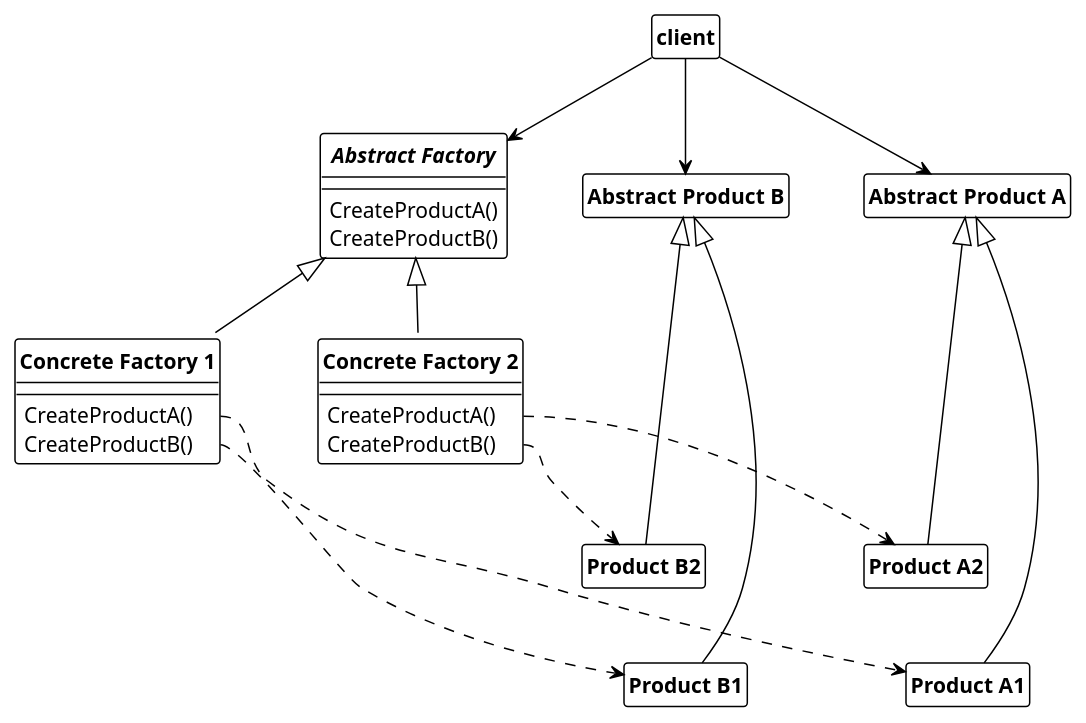
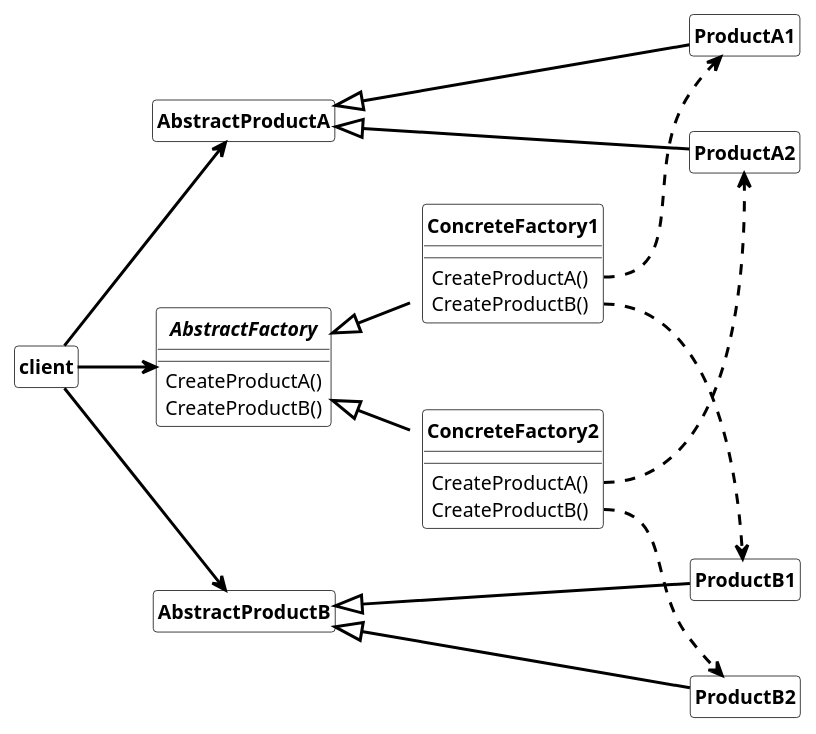
One commit to dst80/design-patterns changed the diagram in creational_patterns/abstract_factory/abstract_factory.md. Above: the diagram before and after it, drawn with PlantUML. The commit also changed 11 other files, not shown here.

````diff
--- a/creational_patterns/abstract_factory/abstract_factory.md
+++ b/creational_patterns/abstract_factory/abstract_factory.md
@@ -5,56 +5,70 @@
 ```plantuml
-@startuml abstract_factory
-!theme plain
+@startuml AbstractFactory
+left to right direction
+skinparam ranksep 50
+skinparam nodesep 50
+skinparam class {
+  FontSize 13
+  AttributeFontSize 13
+  FontStyle bold
+  BackgroundColor transparent
+  BorderColor black
+}
+skinparam arrow {
+  Color black
+  FontColor black
+  Thickness 2
+}
+skinparam note {
+  BackgroundColor transparent
+  BorderColor black
+}
 hide circle
 hide fields
 hide members
 
-skinparam nodesep 50
-skinparam ranksep 50
-class "**client**" as client
-together {
-    interface "**Abstract Factory**" as abstract_factory {
-        CreateProductA()
-        CreateProductB()
-    }
-    show abstract_factory members
-    class "**Concrete Factory 1**" as concrete_factory_1{
-        CreateProductA()
-        CreateProductB()
-    }
-    show concrete_factory_1 members
-    class "**Concrete Factory 2**" as concrete_factory_2 {
-        CreateProductA()
-        CreateProductB()
-    }
-    show concrete_factory_2 members
-    abstract_factory <|-- concrete_factory_1
-    abstract_factory <|-- concrete_factory_2
+interface AbstractFactory {
+  CreateProductA()
+  CreateProductB()
 }
+show AbstractFactory members
+
+class ConcreteFactory1 extends AbstractFactory{
+  CreateProductA()
+  CreateProductB()
+}
+show ConcreteFactory1 members
+
+class ConcreteFactory2 extends AbstractFactory {
+  CreateProductA()
+  CreateProductB()
+}
+show ConcreteFactory2 members
 
 together {
-    together {
-        class "**Abstract Product A**" as abstract_product_A
-        class "**Product A1**" as product_A1
-        class "**Product A2**" as product_A2
-    }
-    together {
-        class "**Abstract Product B**" as abstract_product_B
-        class "**Product B1**" as product_B1
-        class "**Product B2**" as product_B2
-    }
-    abstract_product_A <|---- product_A1
-    abstract_product_A <|--- product_A2
-    abstract_product_B <|---- product_B1
-    abstract_product_B <|--- product_B2
+  class AbstractProductA
+  class ProductA1 
+  class ProductA2 
+  AbstractProductA <|--- ProductA1 
+  AbstractProductA <|--- ProductA2 
+
 }
-client --> abstract_factory
-client --> abstract_product_A
-client --> abstract_product_B
+together {
+  class AbstractProductB
+  class ProductB1 
+  class ProductB2
+  AbstractProductB <|--- ProductB1 
+  AbstractProductB <|--- ProductB2 
+}
+    
+class client
+client --> AbstractFactory
+client --> AbstractProductA
+client --> AbstractProductB
 
-concrete_factory_1::CreateProductA ..> product_A1 
-concrete_factory_1::CreateProductB ..> product_B1
-concrete_factory_2::CreateProductA ..> product_A2
-concrete_factory_2::CreateProductB ..> product_B2
+ConcreteFactory1::CreateProductA ..> ProductA1 
+ConcreteFactory1::CreateProductB ..> ProductB1
+ConcreteFactory2::CreateProductA ..> ProductA2
+ConcreteFactory2::CreateProductB ..> ProductB2
 @enduml
 ```
````
